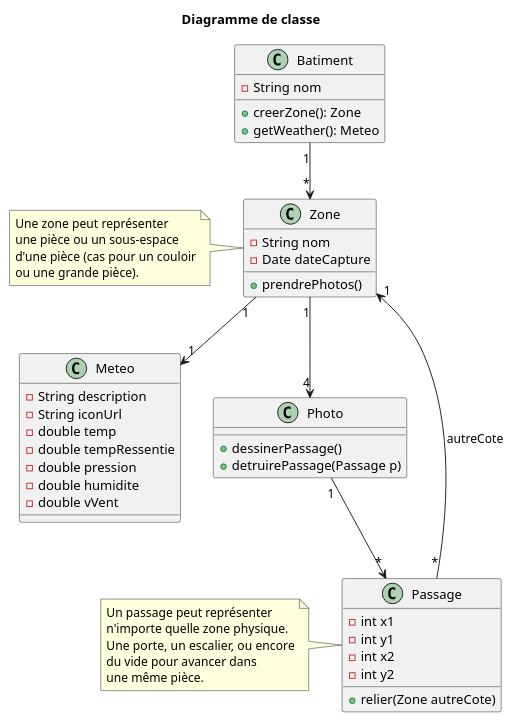
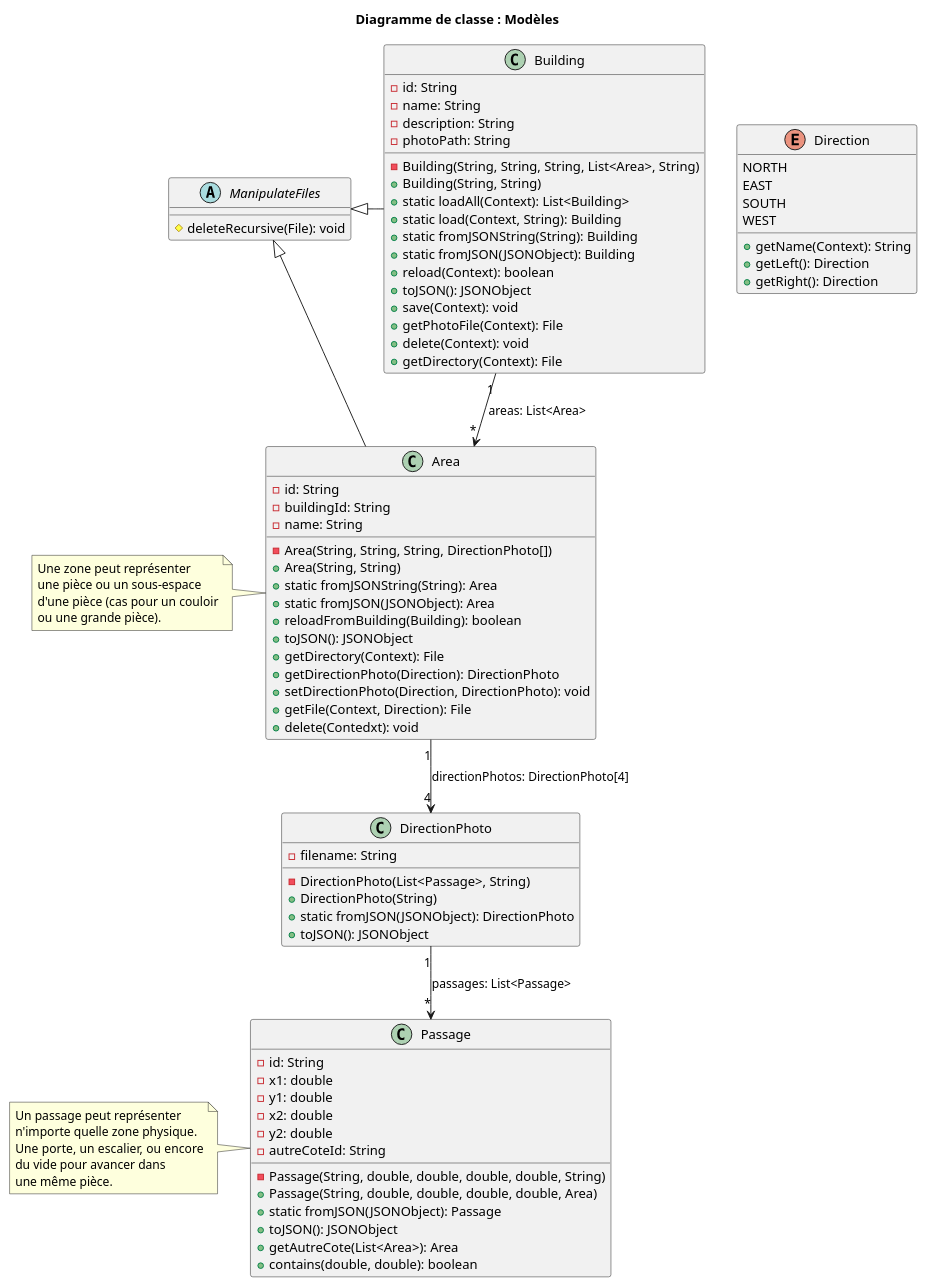
Before and after one commit to ActxLeToucan/fst_l3_devmobile_roomview: the diagram in conception/diag_c.puml, drawn with PlantUML. The commit also changed 3 other files, not shown here.

```diff
--- a/conception/diag_c.puml
+++ b/conception/diag_c.puml
@@ -1,48 +1,86 @@
 @startuml diag_c
-title Diagramme de classe
+title Diagramme de classe : Modèles
 
-class Batiment {
-    - String nom
-    + creerZone(): Zone
-    + getWeather(): Meteo
+abstract class ManipulateFiles {
+    # deleteRecursive(File): void
 }
 
-class Zone {
-    - String nom
-    - Date dateCapture
-    + prendrePhotos()
+class Building {
+    - id: String
+    - name: String
+    - description: String
+    - photoPath: String
+    - Building(String, String, String, List<Area>, String)
+    + Building(String, String)
+    + static loadAll(Context): List<Building>
+    + static load(Context, String): Building
+    + static fromJSONString(String): Building
+    + static fromJSON(JSONObject): Building
+    + reload(Context): boolean
+    + toJSON(): JSONObject
+    + save(Context): void
+    + getPhotoFile(Context): File
+    + delete(Context): void
+    + getDirectory(Context): File
+}
+
+class Area {
+    - id: String
+    - buildingId: String
+    - name: String
+    - Area(String, String, String, DirectionPhoto[])
+    + Area(String, String)
+    + static fromJSONString(String): Area
+    + static fromJSON(JSONObject): Area
+    + reloadFromBuilding(Building): boolean
+    + toJSON(): JSONObject
+    + getDirectory(Context): File
+    + getDirectionPhoto(Direction): DirectionPhoto
+    + setDirectionPhoto(Direction, DirectionPhoto): void
+    + getFile(Context, Direction): File
+    + delete(Contedxt): void
 }
 note left: Une zone peut représenter\nune pièce ou un sous-espace\nd'une pièce (cas pour un couloir\nou une grande pièce).
 
-class Meteo {
-    - String description
-    - String iconUrl
-    - double temp
-    - double tempRessentie
-    - double pression
-    - double humidite
-    - double vVent
+enum Direction {
+    NORTH
+    EAST
+    SOUTH
+    WEST
+    + getName(Context): String
+    + getLeft(): Direction
+    + getRight(): Direction
 }
 
-class Photo {
-    + dessinerPassage()
-    + detruirePassage(Passage p)
+class DirectionPhoto {
+    - filename: String
+    - DirectionPhoto(List<Passage>, String)
+    + DirectionPhoto(String)
+    + static fromJSON(JSONObject): DirectionPhoto
+    + toJSON(): JSONObject
 }
 
 class Passage {
-    - int x1
-    - int y1
-    - int x2
-    - int y2
-    + relier(Zone autreCote)
+    - id: String
+    - x1: double
+    - y1: double
+    - x2: double
+    - y2: double
+    - autreCoteId: String
+    - Passage(String, double, double, double, double, String)
+    + Passage(String, double, double, double, double, Area)
+    + static fromJSON(JSONObject): Passage
+    + toJSON(): JSONObject
+    + getAutreCote(List<Area>): Area
+    + contains(double, double): boolean
 }
 note left: Un passage peut représenter\nn'importe quelle zone physique.\nUne porte, un escalier, ou encore\ndu vide pour avancer dans\nune même pièce.
 
+Building -left-|> ManipulateFiles
+Area --|> ManipulateFiles
 
-Batiment "1" --> "*" Zone
-Zone "1" --> "4" Photo
-Photo "1" --> "*" Passage
-Passage "*" --> "1" Zone : autreCote
-Zone "1" --> "1" Meteo
+Building "1" --> "*" Area : areas: List<Area>
+Area "1" --> "4" DirectionPhoto : directionPhotos: DirectionPhoto[4]
+DirectionPhoto "1" --> "*" Passage : passages: List<Passage>
 
 @enduml
```
